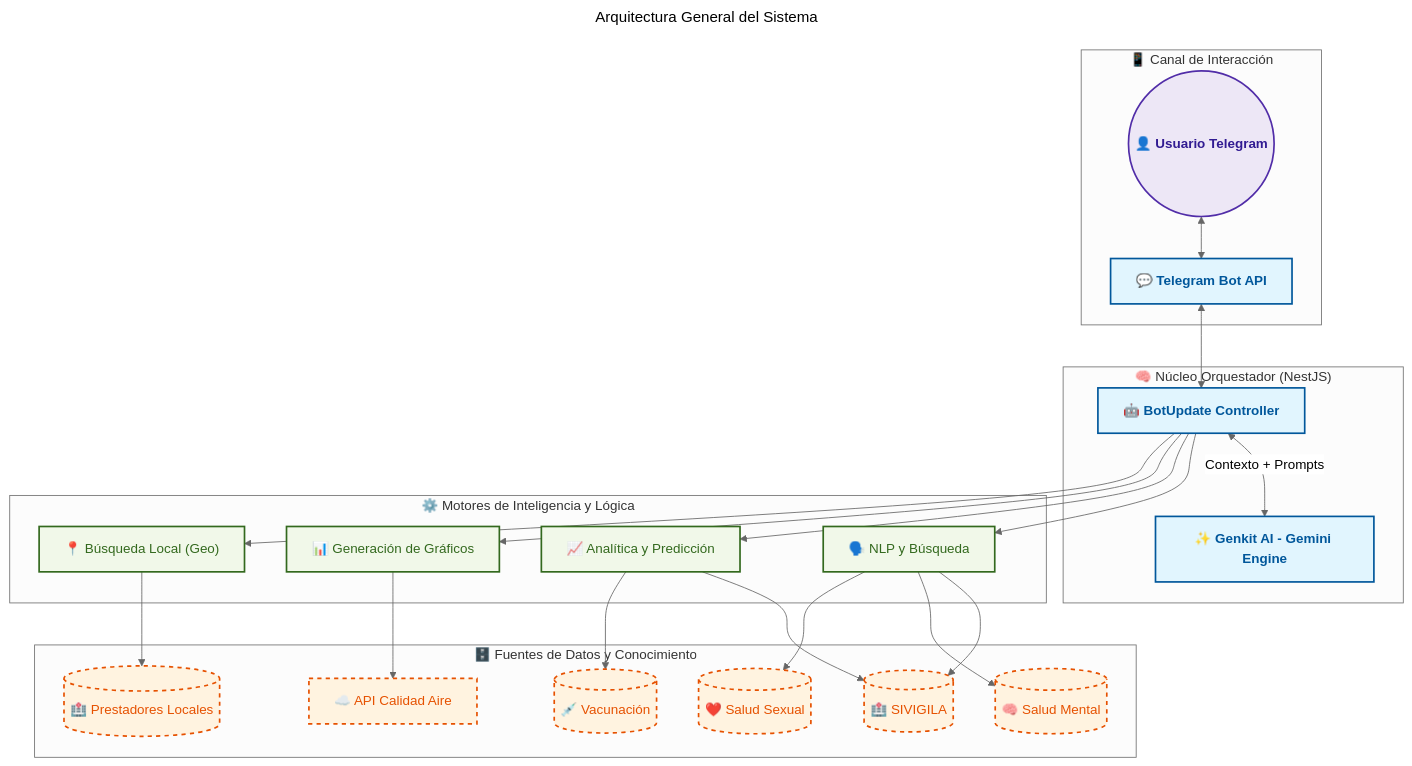
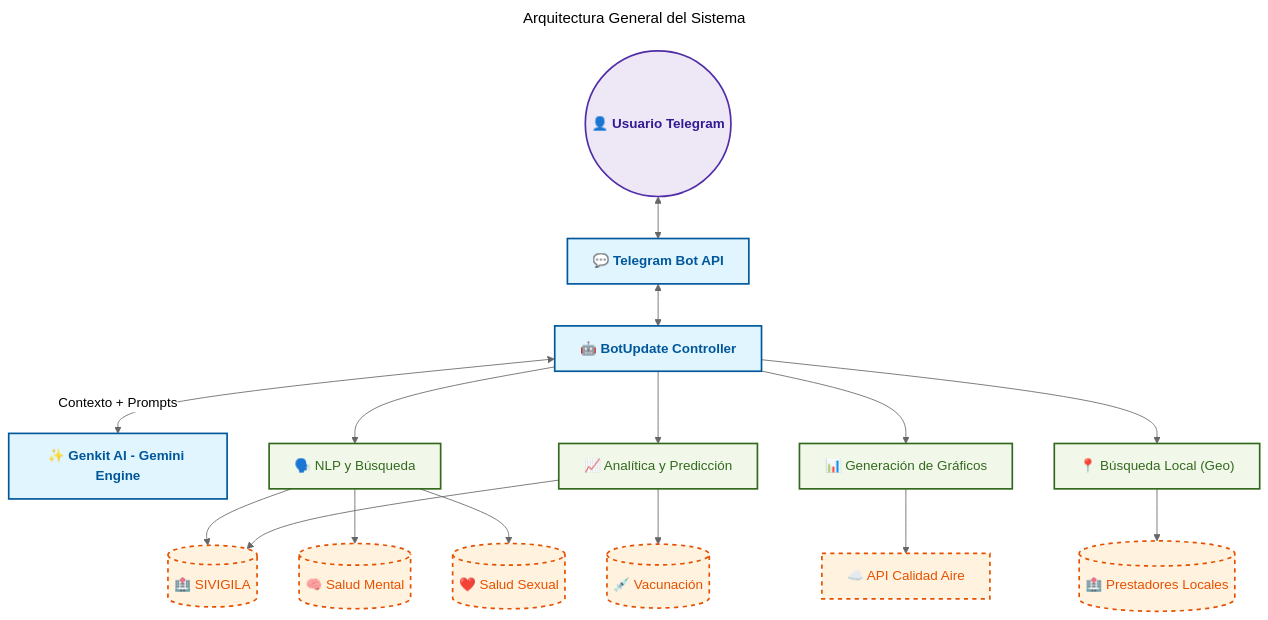
One commit to RubenDarioGuerreroNeira/Ecosistema-IA-Colombia changed the diagram in README.md. Above: the diagram before and after it, drawn with Mermaid (neutral theme).

Commit message:
Docs: Fix Mermaid layout distance error by removing subgraphs

````diff
--- a/README.md
+++ b/README.md
@@ -44,50 +44,29 @@
 ```mermaid
 ---
 title: Arquitectura General del Sistema
 ---
-graph TD
+flowchart TD
     classDef core fill:#e1f5fe,stroke:#01579b,stroke-width:2px,color:#01579b,font-weight:bold
     classDef logic fill:#f1f8e9,stroke:#33691e,stroke-width:2px,color:#33691e
     classDef data fill:#fff3e0,stroke:#e65100,stroke-width:2px,color:#e65100,stroke-dasharray: 5 5
     classDef user fill:#ede7f6,stroke:#512da8,stroke-width:2px,color:#311b92,font-weight:bold
 
-    subgraph UserInterface ["📱 Canal de Interacción"]
-        User(("👤 Usuario Telegram")):::user <--> Telegram["💬 Telegram Bot API"]:::core
-    end
+    User(("👤 Usuario Telegram")):::user <--> Telegram["💬 Telegram Bot API"]:::core
+    Telegram <--> Bot["🤖 BotUpdate Controller"]:::core
+    Bot <-->|Contexto + Prompts| AI["✨ Genkit AI - Gemini Engine"]:::core
 
-    subgraph Core ["🧠 Núcleo Orquestador (NestJS)"]
-        Bot["🤖 BotUpdate Controller"]:::core
-        AI["✨ Genkit AI - Gemini Engine"]:::core
-        Bot <-->|Contexto + Prompts| AI
-    end
+    Bot --> NLP["🗣️ NLP y Búsqueda"]:::logic
+    Bot --> Stats["📈 Analítica y Predicción"]:::logic
+    Bot --> Charts["📊 Generación de Gráficos"]:::logic
+    Bot --> Geo["📍 Búsqueda Local (Geo)"]:::logic
 
-    subgraph Logic ["⚙️ Motores de Inteligencia y Lógica"]
-        NLP["🗣️ NLP y Búsqueda"]:::logic
-        Stats["📈 Analítica y Predicción"]:::logic
-        Charts["📊 Generación de Gráficos"]:::logic
-        Geo["📍 Búsqueda Local (Geo)"]:::logic
-    end
-
-    subgraph Data ["🗄️ Fuentes de Datos y Conocimiento"]
-        SIVIGILA[("🏥 SIVIGILA")]:::data
-        Mental[("🧠 Salud Mental")]:::data
-        Sexual[("❤️ Salud Sexual")]:::data
-        Air["☁️ API Calidad Aire"]:::data
-        PAI[("💉 Vacunación")]:::data
-        Local[("🏥 Prestadores Locales")]:::data
-    end
-
-    Telegram <--> Bot
-    Bot --> NLP
-    Bot --> Stats
-    Bot --> Charts
-    Bot --> Geo
-
-    NLP --> SIVIGILA
-    NLP --> Mental
-    NLP --> Sexual
+    NLP --> SIVIGILA[("🏥 SIVIGILA")]:::data
+    NLP --> Mental[("🧠 Salud Mental")]:::data
+    NLP --> Sexual[("❤️ Salud Sexual")]:::data
+    
     Stats --> SIVIGILA
-    Stats --> PAI
-    Charts --> Air
-    Geo --> Local
+    Stats --> PAI[("💉 Vacunación")]:::data
+    
+    Charts --> Air["☁️ API Calidad Aire"]:::data
+    Geo --> Local[("🏥 Prestadores Locales")]:::data
 ```
````
